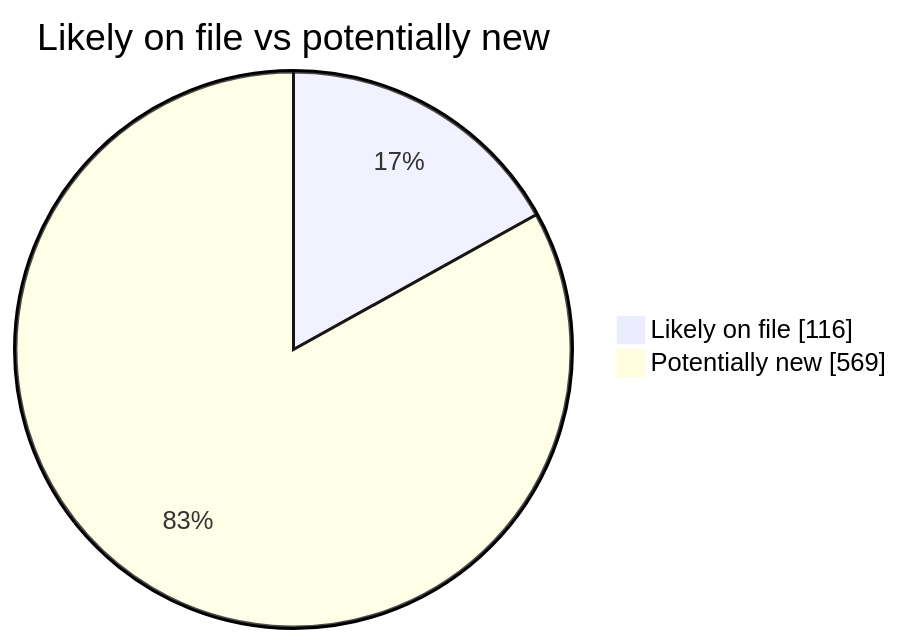
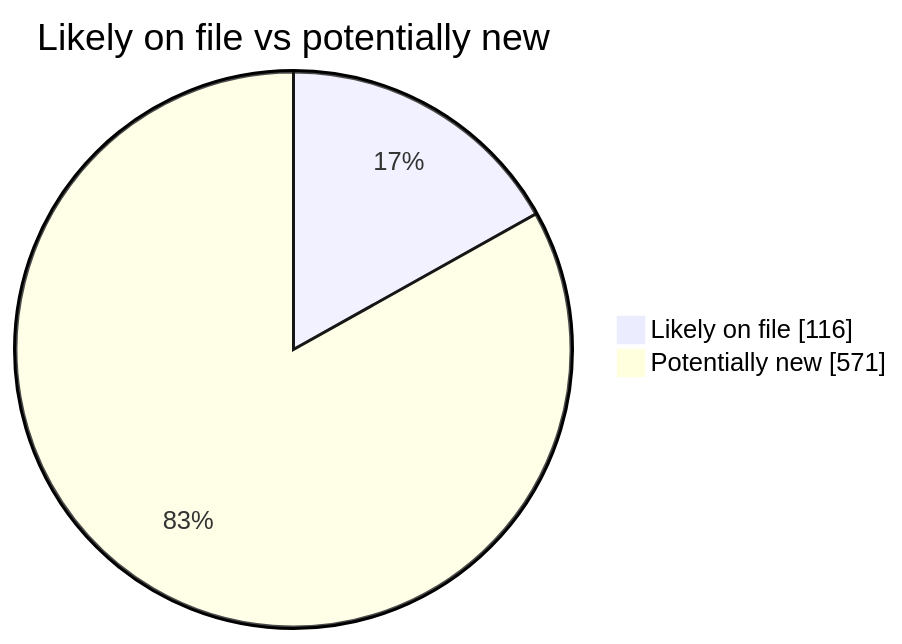
Before and after one commit to martinbalfanz/social-scanner-reports: the second of 4 diagrams in README.md, drawn with Mermaid. The commit also changed other lines of this file and 6 other files, not shown here.

````diff
--- a/README.md
+++ b/README.md
@@ -40,5 +40,5 @@
 ```mermaid
 pie showData title Likely on file vs potentially new
     "Likely on file" : 116
-    "Potentially new" : 569
+    "Potentially new" : 571
 ```
````
